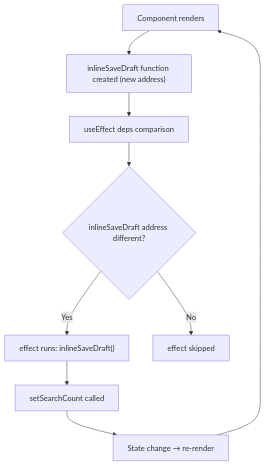
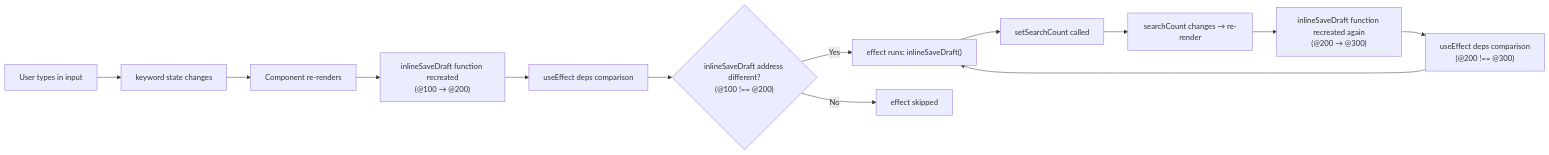
Before and after one commit to codefug/codefug.github.io: the eighth of 19 diagrams in markdown/2026-01-18/en/content.mdx, drawn with Mermaid. The commit also changed other lines of this file and 1 other file, not shown here.

````diff
--- a/markdown/2026-01-18/en/content.mdx
+++ b/markdown/2026-01-18/en/content.mdx
@@ -392,11 +392,15 @@
 ```mermaid
-flowchart TD
-    A["Component renders"] --> B["inlineSaveDraft function created (new address)"]
-    B --> C["useEffect deps comparison"]
-    C --> D{"inlineSaveDraft address different?"}
-    D -->|Yes| E["effect runs: inlineSaveDraft()"]
-    E --> F["setSearchCount called"]
-    F --> G["State change → re-render"]
-    G --> A
-    D -->|No| H["effect skipped"]
+flowchart LR
+    A["User types in input"] --> B["keyword state changes"]
+    B --> C["Component re-renders"]
+    C --> D["inlineSaveDraft function recreated<br/>(@100 → @200)"]
+    D --> E["useEffect deps comparison"]
+    E --> F{"inlineSaveDraft address different?<br/>(@100 !== @200)"}
+    F -->|Yes| G["effect runs: inlineSaveDraft()"]
+    G --> H["setSearchCount called"]
+    H --> I["searchCount changes → re-render"]
+    I --> J["inlineSaveDraft function recreated again<br/>(@200 → @300)"]
+    J --> K["useEffect deps comparison<br/>(@200 !== @300)"]
+    K --> G
+    F -->|No| L["effect skipped"]
 ```
````
